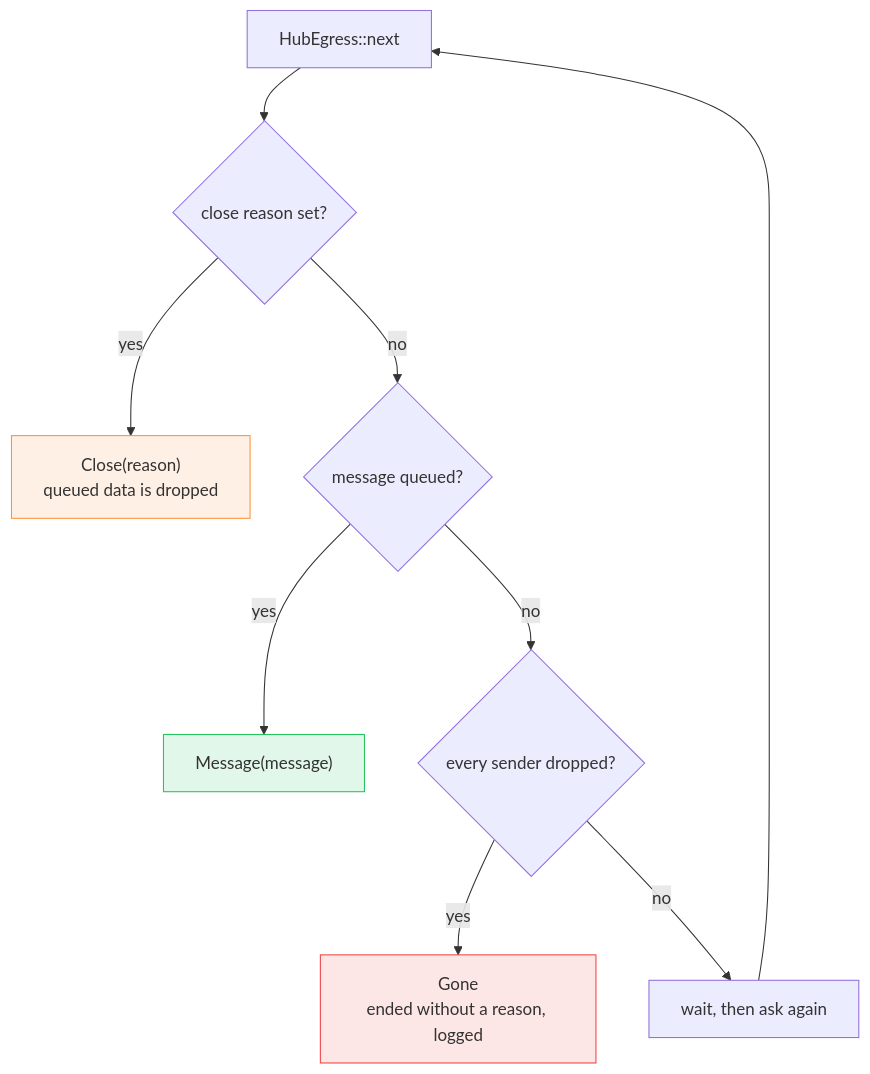
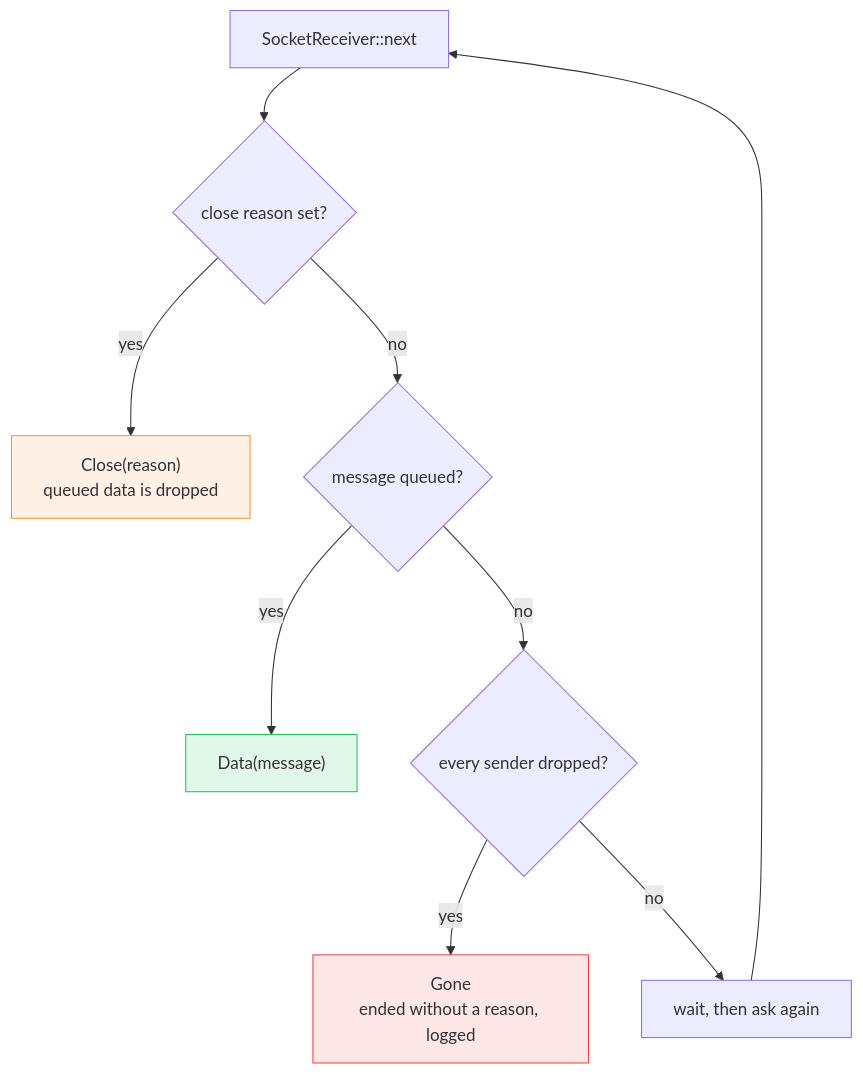
The third of 7 diagrams in docs/services/builder/hub.md (gzp79/shine-services), drawn with Mermaid before and after one commit. The commit also changed other lines of this file and 24 other files, not shown here.

````diff
--- a/docs/services/builder/hub.md
+++ b/docs/services/builder/hub.md
@@ -126,15 +126,15 @@
 ```mermaid
 flowchart TD
     classDef green fill:#22c55e22,stroke:#22c55e
     classDef red fill:#ef444422,stroke:#ef4444
     classDef orange fill:#fb923c22,stroke:#fb923c
 
-    N["HubEgress::next"] --> K{"close reason set?"}
+    N["SocketReceiver::next"] --> K{"close reason set?"}
     K -- "yes" --> CL["Close(reason)<br/>queued data is dropped"]:::orange
     K -- "no" --> M{"message queued?"}
-    M -- "yes" --> MS["Message(message)"]:::green
+    M -- "yes" --> MS["Data(message)"]:::green
     M -- "no" --> G{"every sender dropped?"}
     G -- "yes" --> GO["Gone<br/>ended without a reason, logged"]:::red
     G -- "no" --> W["wait, then ask again"]
     W --> N
 ```
````
